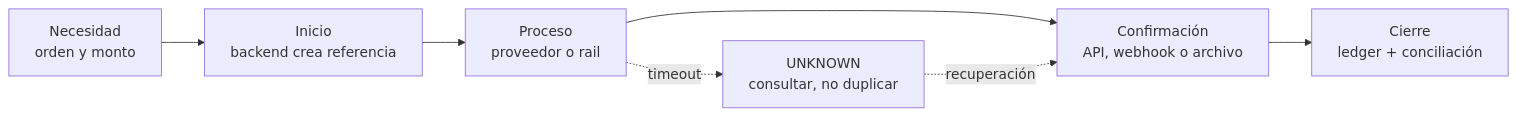
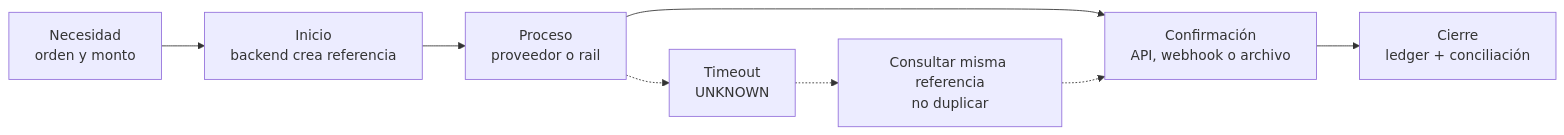
The diagram in docs/index.md (vladimiracunadev-create/universal-payments-engineering-lab), drawn with Mermaid before and after one commit. The commit also changed other lines of this file and 44 other files, not shown here.

````diff
--- a/docs/index.md
+++ b/docs/index.md
@@ -30,9 +31,10 @@
 ```mermaid
 flowchart LR
     A["Necesidad<br/>orden y monto"] --> B["Inicio<br/>backend crea referencia"]
     B --> C["Proceso<br/>proveedor o rail"]
     C --> D["Confirmación<br/>API, webhook o archivo"]
     D --> E["Cierre<br/>ledger + conciliación"]
-    C -. timeout .-> U["UNKNOWN<br/>consultar, no duplicar"]
-    U -. recuperación .-> D
+    C -.-> U["Timeout<br/>UNKNOWN"]
+    U -.-> R["Consultar misma referencia<br/>no duplicar"]
+    R -.-> D
 ```
````
